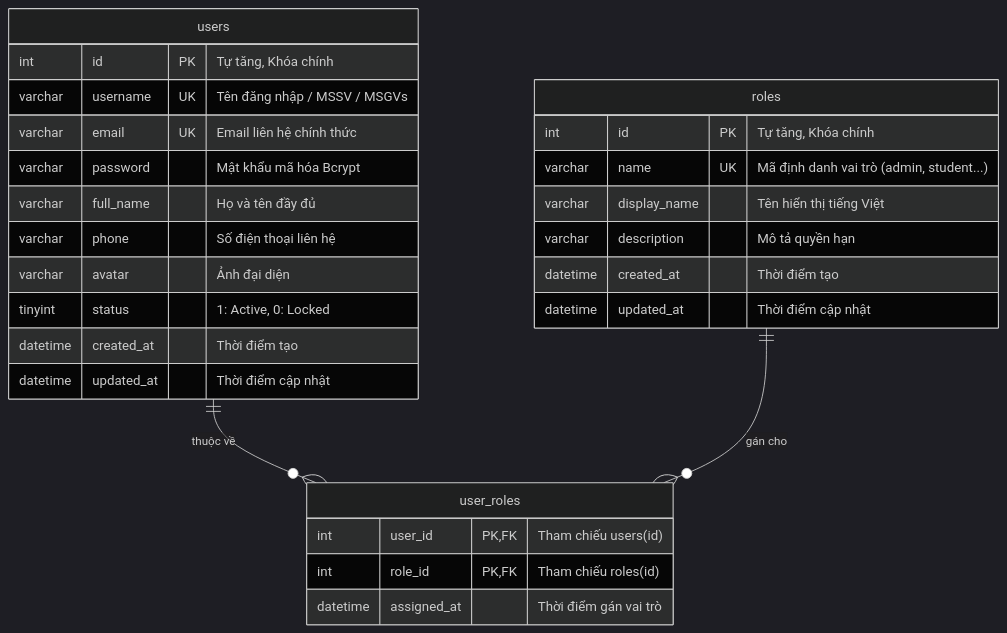
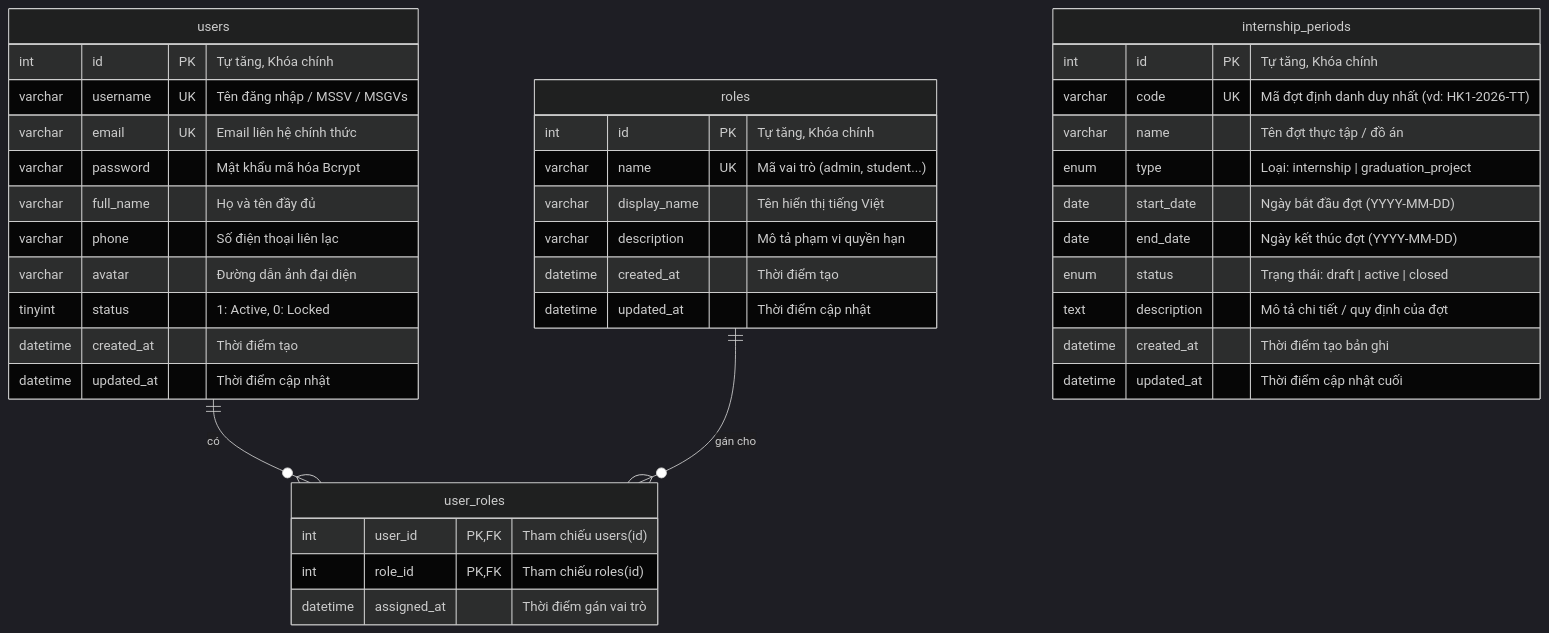
Before and after one commit to Ngatran2784/internship-management: the diagram in docs/database-design.md, drawn with Mermaid (dark theme). The commit also changed other lines of this file and 12 other files, not shown here.

````diff
--- a/docs/database-design.md
+++ b/docs/database-design.md
@@ -14,33 +14,46 @@
 ```mermaid
 erDiagram
-    users ||--o{ user_roles : "thuộc về"
+    users ||--o{ user_roles : "có"
     roles ||--o{ user_roles : "gán cho"
-
+    
     users {
         int id PK "Tự tăng, Khóa chính"
         varchar username UK "Tên đăng nhập / MSSV / MSGVs"
         varchar email UK "Email liên hệ chính thức"
         varchar password "Mật khẩu mã hóa Bcrypt"
         varchar full_name "Họ và tên đầy đủ"
-        varchar phone "Số điện thoại liên hệ"
-        varchar avatar "Ảnh đại diện"
+        varchar phone "Số điện thoại liên lạc"
+        varchar avatar "Đường dẫn ảnh đại diện"
         tinyint status "1: Active, 0: Locked"
         datetime created_at "Thời điểm tạo"
         datetime updated_at "Thời điểm cập nhật"
     }
 
     roles {
         int id PK "Tự tăng, Khóa chính"
-        varchar name UK "Mã định danh vai trò (admin, student...)"
+        varchar name UK "Mã vai trò (admin, student...)"
         varchar display_name "Tên hiển thị tiếng Việt"
-        varchar description "Mô tả quyền hạn"
+        varchar description "Mô tả phạm vi quyền hạn"
         datetime created_at "Thời điểm tạo"
         datetime updated_at "Thời điểm cập nhật"
     }
 
     user_roles {
         int user_id PK,FK "Tham chiếu users(id)"
         int role_id PK,FK "Tham chiếu roles(id)"
         datetime assigned_at "Thời điểm gán vai trò"
     }
+
+    internship_periods {
+        int id PK "Tự tăng, Khóa chính"
+        varchar code UK "Mã đợt định danh duy nhất (vd: HK1-2026-TT)"
+        varchar name "Tên đợt thực tập / đồ án"
+        enum type "Loại: internship | graduation_project"
+        date start_date "Ngày bắt đầu đợt (YYYY-MM-DD)"
+        date end_date "Ngày kết thúc đợt (YYYY-MM-DD)"
+        enum status "Trạng thái: draft | active | closed"
+        text description "Mô tả chi tiết / quy định của đợt"
+        datetime created_at "Thời điểm tạo bản ghi"
+        datetime updated_at "Thời điểm cập nhật cuối"
+    }
 ```
````
